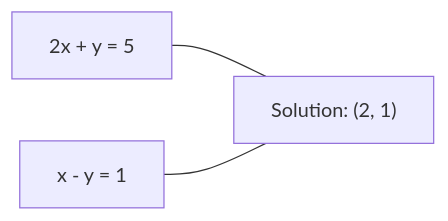
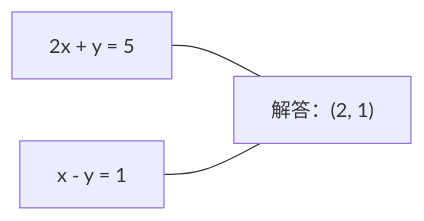
One commit to edward821220/ai-engineering-from-scratch changed the first of 2 diagrams in i18n/zh-TW/phases/01-math-foundations/17-linear-systems/docs/zh-TW.md. Above: the diagram before and after it, drawn with Mermaid. The commit also changed other lines of this file and 123 other files, not shown here.

````diff
--- a/i18n/zh-TW/phases/01-math-foundations/17-linear-systems/docs/zh-TW.md
+++ b/i18n/zh-TW/phases/01-math-foundations/17-linear-systems/docs/zh-TW.md
@@ -36,5 +36,5 @@
 ```mermaid
 graph LR
-    A["2x + y = 5"] --- S["Solution: (2, 1)"]
+    A["2x + y = 5"] --- S["解答：(2, 1)"]
     B["x - y = 1"] --- S
 ```
````
